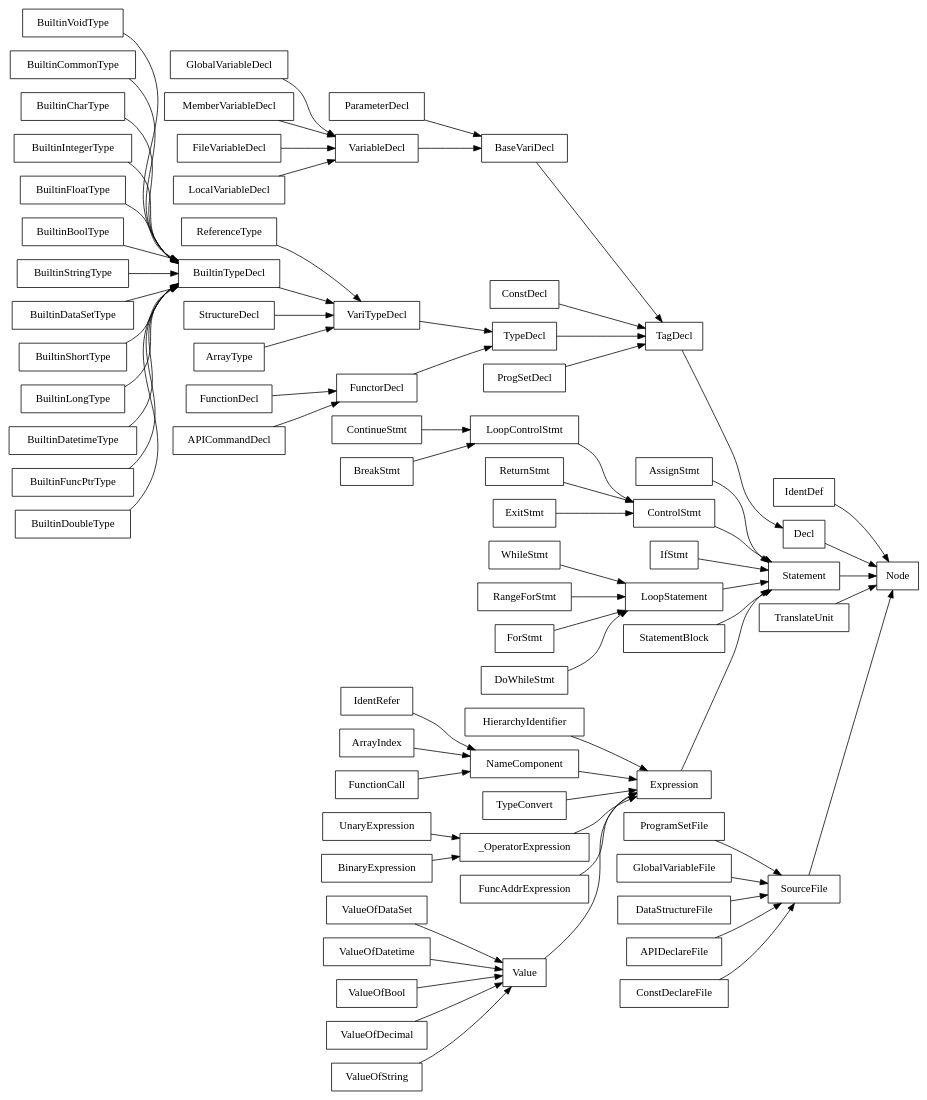
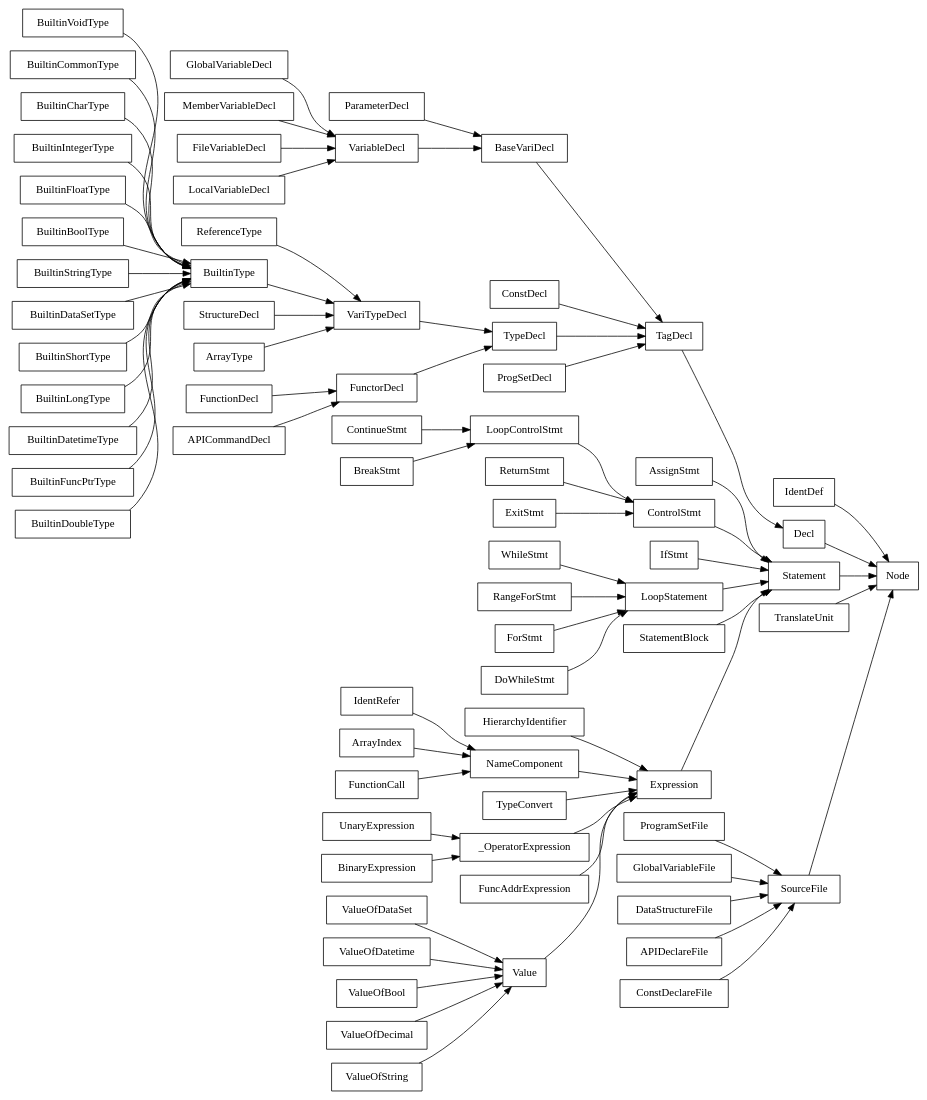
Before and after one commit to RonxBulld/RexLang: the diagram in Compiler/rexlang_compiler/NodeInheritGraph.gv, drawn with Graphviz. The commit also changed 16 other files, not shown here.

Commit message:
BuiltinTypeDecl改为BuiltinType

```diff
--- a/Compiler/rexlang_compiler/NodeInheritGraph.gv
+++ b/Compiler/rexlang_compiler/NodeInheritGraph.gv
@@ -1,77 +1,77 @@
 digraph G {
     rankdir=LR;
     node[shape=box];
     "SourceFile" -> "Node";
     "IdentDef" -> "Node";
     "Decl" -> "Node";
     "Statement" -> "Node";
     "TranslateUnit" -> "Node";
     "ProgramSetFile" -> "SourceFile";
     "GlobalVariableFile" -> "SourceFile";
     "DataStructureFile" -> "SourceFile";
     "APIDeclareFile" -> "SourceFile";
     "ConstDeclareFile" -> "SourceFile";
     "TagDecl" -> "Decl";
     "BaseVariDecl" -> "TagDecl";
     "ConstDecl" -> "TagDecl";
     "TypeDecl" -> "TagDecl";
     "ProgSetDecl" -> "TagDecl";
     "ParameterDecl" -> "BaseVariDecl";
     "VariableDecl" -> "BaseVariDecl";
     "GlobalVariableDecl" -> "VariableDecl";
     "MemberVariableDecl" -> "VariableDecl";
     "FileVariableDecl" -> "VariableDecl";
     "LocalVariableDecl" -> "VariableDecl";
     "VariTypeDecl" -> "TypeDecl";
     "FunctorDecl" -> "TypeDecl";
     "ReferenceType" -> "VariTypeDecl";
-    "BuiltinTypeDecl" -> "VariTypeDecl";
+    "BuiltinType" -> "VariTypeDecl";
     "StructureDecl" -> "VariTypeDecl";
     "ArrayType" -> "VariTypeDecl";
-    "BuiltinVoidType" -> "BuiltinTypeDecl";
-    "BuiltinCommonType" -> "BuiltinTypeDecl";
-    "BuiltinCharType" -> "BuiltinTypeDecl";
-    "BuiltinIntegerType" -> "BuiltinTypeDecl";
-    "BuiltinFloatType" -> "BuiltinTypeDecl";
-    "BuiltinBoolType" -> "BuiltinTypeDecl";
-    "BuiltinStringType" -> "BuiltinTypeDecl";
-    "BuiltinDataSetType" -> "BuiltinTypeDecl";
-    "BuiltinShortType" -> "BuiltinTypeDecl";
-    "BuiltinLongType" -> "BuiltinTypeDecl";
-    "BuiltinDatetimeType" -> "BuiltinTypeDecl";
-    "BuiltinFuncPtrType" -> "BuiltinTypeDecl";
-    "BuiltinDoubleType" -> "BuiltinTypeDecl";
+    "BuiltinVoidType" -> "BuiltinType";
+    "BuiltinCommonType" -> "BuiltinType";
+    "BuiltinCharType" -> "BuiltinType";
+    "BuiltinIntegerType" -> "BuiltinType";
+    "BuiltinFloatType" -> "BuiltinType";
+    "BuiltinBoolType" -> "BuiltinType";
+    "BuiltinStringType" -> "BuiltinType";
+    "BuiltinDataSetType" -> "BuiltinType";
+    "BuiltinShortType" -> "BuiltinType";
+    "BuiltinLongType" -> "BuiltinType";
+    "BuiltinDatetimeType" -> "BuiltinType";
+    "BuiltinFuncPtrType" -> "BuiltinType";
+    "BuiltinDoubleType" -> "BuiltinType";
     "FunctionDecl" -> "FunctorDecl";
     "APICommandDecl" -> "FunctorDecl";
     "AssignStmt" -> "Statement";
     "ControlStmt" -> "Statement";
     "IfStmt" -> "Statement";
     "LoopStatement" -> "Statement";
     "StatementBlock" -> "Statement";
     "Expression" -> "Statement";
     "LoopControlStmt" -> "ControlStmt";
     "ReturnStmt" -> "ControlStmt";
     "ExitStmt" -> "ControlStmt";
     "ContinueStmt" -> "LoopControlStmt";
     "BreakStmt" -> "LoopControlStmt";
     "WhileStmt" -> "LoopStatement";
     "RangeForStmt" -> "LoopStatement";
     "ForStmt" -> "LoopStatement";
     "DoWhileStmt" -> "LoopStatement";
     "HierarchyIdentifier" -> "Expression";
     "NameComponent" -> "Expression";
     "TypeConvert" -> "Expression";
     "_OperatorExpression" -> "Expression";
     "FuncAddrExpression" -> "Expression";
     "Value" -> "Expression";
     "IdentRefer" -> "NameComponent";
     "ArrayIndex" -> "NameComponent";
     "FunctionCall" -> "NameComponent";
     "UnaryExpression" -> "_OperatorExpression";
     "BinaryExpression" -> "_OperatorExpression";
     "ValueOfDataSet" -> "Value";
     "ValueOfDatetime" -> "Value";
     "ValueOfBool" -> "Value";
     "ValueOfDecimal" -> "Value";
     "ValueOfString" -> "Value";
 }
```
